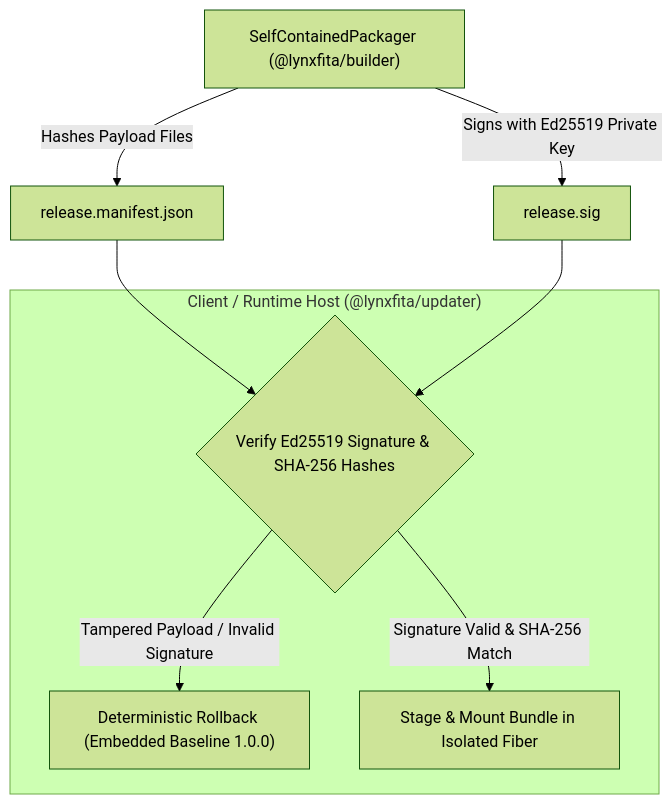
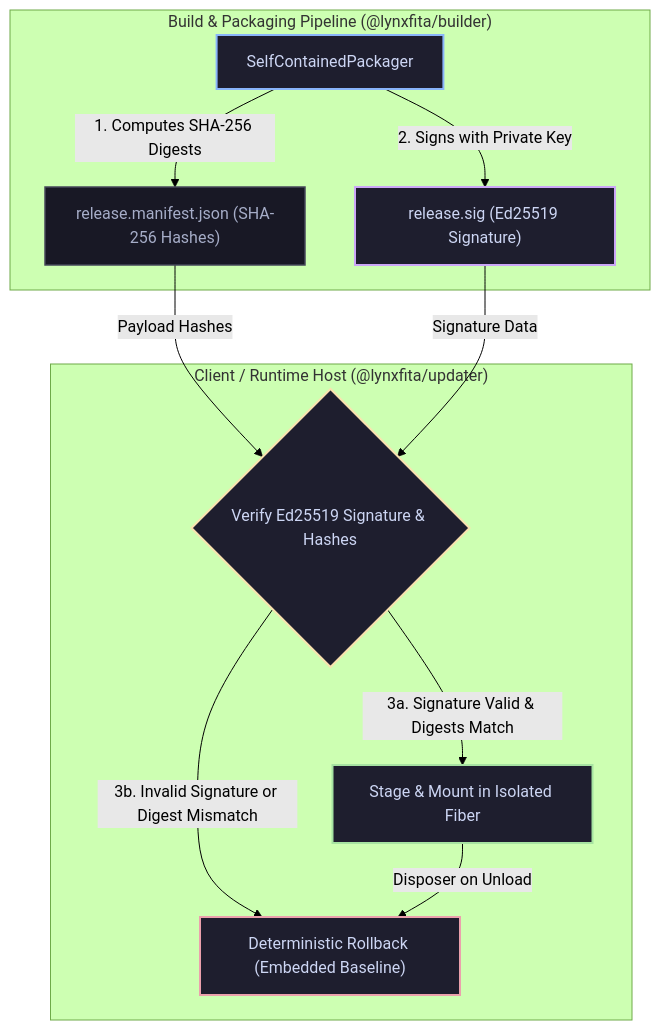
One commit to aleffita/lynxfita changed the fourth of 4 diagrams in README.md. Above: the diagram before and after it, drawn with Mermaid (forest theme). The commit also changed other lines of this file and 10 other files, not shown here.

Commit message:
docs(readme): style architecture diagrams, purge mockup banner, and add side-by-side benchmark plots

````diff
--- a/README.md
+++ b/README.md
@@ -165,16 +190,29 @@
 ```mermaid
 flowchart TD
-    Packager["SelfContainedPackager (@lynxfita/builder)"] -->|Hashes Payload Files| Manifest["release.manifest.json"]
-    Packager -->|Signs with Ed25519 Private Key| Sig["release.sig"]
-    
-    subgraph HostVerification["Client / Runtime Host (@lynxfita/updater)"]
-        Verify{"Verify Ed25519 Signature & SHA-256 Hashes"}
-        Baseline["Deterministic Rollback (Embedded Baseline 1.0.0)"]
-        Stage["Stage & Mount Bundle in Isolated Fiber"]
+    classDef builder fill:#1e1e2e,stroke:#89b4fa,stroke-width:2px,color:#cdd6f4
+    classDef manifest fill:#181825,stroke:#45475a,stroke-width:1.5px,color:#a6adc8
+    classDef crypto fill:#1e1e2e,stroke:#cba6f7,stroke-width:2px,color:#cdd6f4
+    classDef decision fill:#1e1e2e,stroke:#f9e2af,stroke-width:2px,color:#cdd6f4
+    classDef success fill:#1e1e2e,stroke:#a6e3a1,stroke-width:2px,color:#cdd6f4
+    classDef rollback fill:#1e1e2e,stroke:#eba0ac,stroke-width:2px,color:#cdd6f4
+
+    subgraph Packaging["Build & Packaging Pipeline (@lynxfita/builder)"]
+        Packager["SelfContainedPackager"]:::builder
+        Manifest["release.manifest.json (SHA-256 Hashes)"]:::manifest
+        Sig["release.sig (Ed25519 Signature)"]:::crypto
     end
 
-    Manifest --> Verify
-    Sig --> Verify
-    Verify -->|Signature Valid & SHA-256 Match| Stage
-    Verify -->|Tampered Payload / Invalid Signature| Baseline
+    subgraph Runtime["Client / Runtime Host (@lynxfita/updater)"]
+        Verify{"Verify Ed25519 Signature & Hashes"}:::decision
+        Stage["Stage & Mount in Isolated Fiber"]:::success
+        Baseline["Deterministic Rollback (Embedded Baseline)"]:::rollback
+    end
+
+    Packager -->|1. Computes SHA-256 Digests| Manifest
+    Packager -->|2. Signs with Private Key| Sig
+    Manifest -->|Payload Hashes| Verify
+    Sig -->|Signature Data| Verify
+    Verify -->|3a. Signature Valid & Digests Match| Stage
+    Verify -->|3b. Invalid Signature or Digest Mismatch| Baseline
+    Stage -->|Disposer on Unload| Baseline
 ```
````
